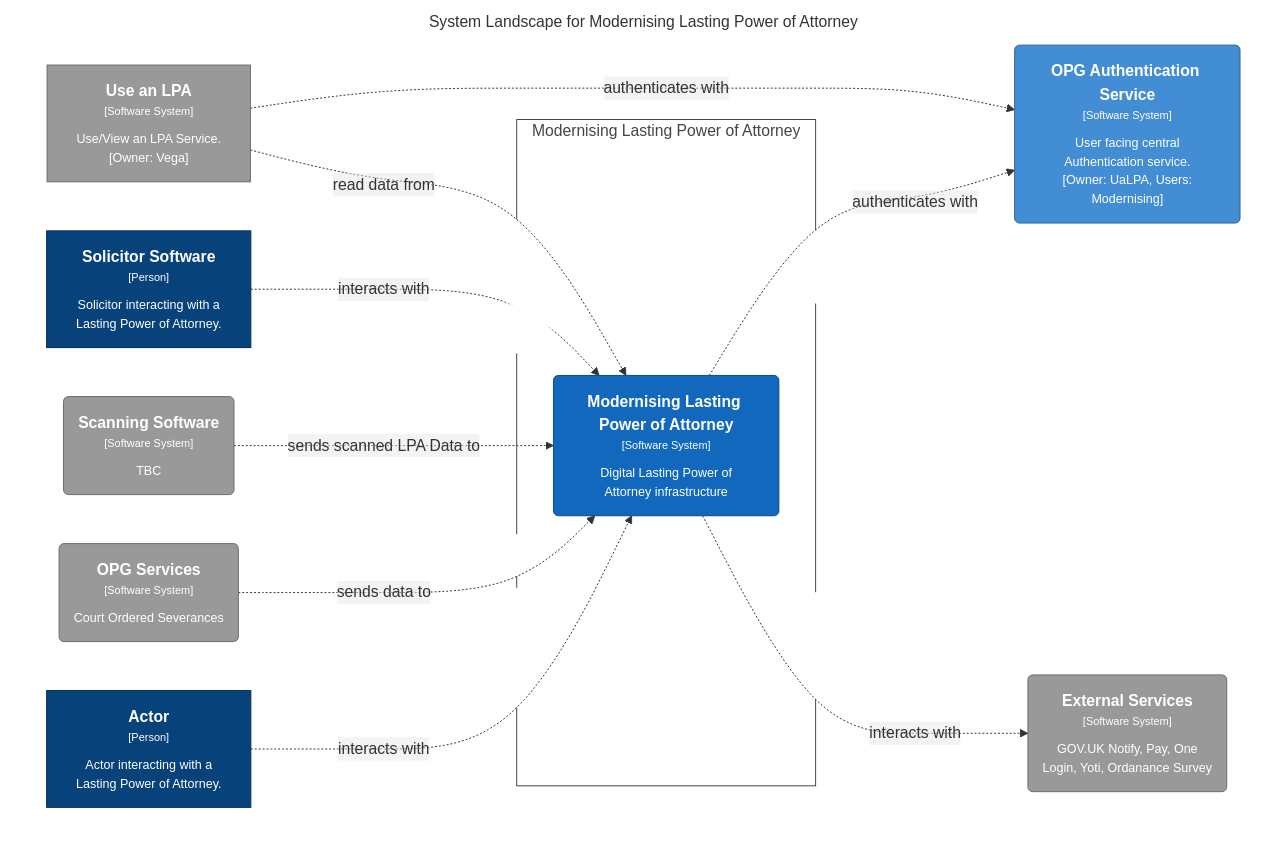
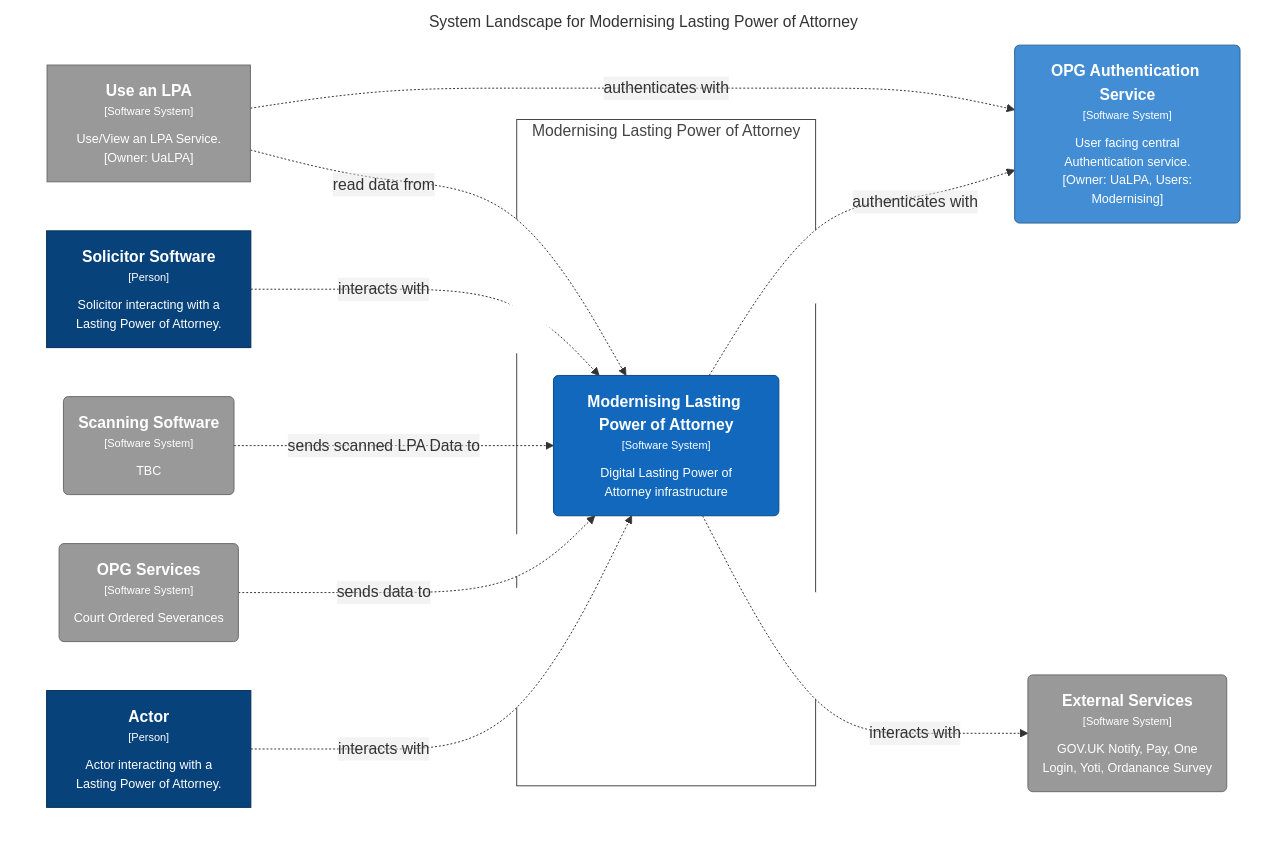
One commit to ministryofjustice/opg-modernising-lpa changed the diagram in docs/architecture/dsl/mlpa/structurizr-1-SystemLandscape.mmd. Above: the diagram before and after it, drawn with Mermaid. The commit also changed 5 other files, not shown here.

Commit message:
Update mermaid files

```diff
--- a/docs/architecture/dsl/mlpa/structurizr-1-SystemLandscape.mmd
+++ b/docs/architecture/dsl/mlpa/structurizr-1-SystemLandscape.mmd
@@ -1,37 +1,37 @@
 graph TB
   linkStyle default fill:#ffffff
 
   subgraph diagram [System Landscape for Modernising Lasting Power of Attorney]
     style diagram fill:#ffffff,stroke:#ffffff
 
     subgraph enterprise [Modernising Lasting Power of Attorney]
       style enterprise fill:#ffffff,stroke:#444444,color:#444444
 
       3("<div style='font-weight: bold'>Modernising Lasting Power of Attorney</div><div style='font-size: 70%; margin-top: 0px'>[Software System]</div><div style='font-size: 80%; margin-top:10px'>Digital Lasting Power of<br />Attorney infrastructure</div>")
       style 3 fill:#1168bd,stroke:#0b4884,color:#ffffff
     end
 
     1["<div style='font-weight: bold'>Actor</div><div style='font-size: 70%; margin-top: 0px'>[Person]</div><div style='font-size: 80%; margin-top:10px'>Actor interacting with a<br />Lasting Power of Attorney.</div>"]
     style 1 fill:#08427b,stroke:#052e56,color:#ffffff
     2["<div style='font-weight: bold'>Solicitor Software</div><div style='font-size: 70%; margin-top: 0px'>[Person]</div><div style='font-size: 80%; margin-top:10px'>Solicitor interacting with a<br />Lasting Power of Attorney.</div>"]
     style 2 fill:#08427b,stroke:#052e56,color:#ffffff
     32("<div style='font-weight: bold'>OPG Authentication Service</div><div style='font-size: 70%; margin-top: 0px'>[Software System]</div><div style='font-size: 80%; margin-top:10px'>User facing central<br />Authentication service.<br />[Owner: UaLPA, Users:<br />Modernising]</div>")
     style 32 fill:#438dd5,stroke:#2e6295,color:#ffffff
     33("<div style='font-weight: bold'>External Services</div><div style='font-size: 70%; margin-top: 0px'>[Software System]</div><div style='font-size: 80%; margin-top:10px'>GOV.UK Notify, Pay, One<br />Login, Yoti, Ordanance Survey</div>")
     style 33 fill:#999999,stroke:#6b6b6b,color:#ffffff
     34("<div style='font-weight: bold'>OPG Services</div><div style='font-size: 70%; margin-top: 0px'>[Software System]</div><div style='font-size: 80%; margin-top:10px'>Court Ordered Severances</div>")
     style 34 fill:#999999,stroke:#6b6b6b,color:#ffffff
     35("<div style='font-weight: bold'>Scanning Software</div><div style='font-size: 70%; margin-top: 0px'>[Software System]</div><div style='font-size: 80%; margin-top:10px'>TBC</div>")
     style 35 fill:#999999,stroke:#6b6b6b,color:#ffffff
-    36["<div style='font-weight: bold'>Use an LPA</div><div style='font-size: 70%; margin-top: 0px'>[Software System]</div><div style='font-size: 80%; margin-top:10px'>Use/View an LPA Service.<br />[Owner: Vega]</div>"]
+    36["<div style='font-weight: bold'>Use an LPA</div><div style='font-size: 70%; margin-top: 0px'>[Software System]</div><div style='font-size: 80%; margin-top:10px'>Use/View an LPA Service.<br />[Owner: UaLPA]</div>"]
     style 36 fill:#999999,stroke:#6b6b6b,color:#ffffff
 
     1-. "<div>interacts with</div><div style='font-size: 70%'></div>" .->3
     3-. "<div>interacts with</div><div style='font-size: 70%'></div>" .->33
     34-. "<div>sends data to</div><div style='font-size: 70%'></div>" .->3
     35-. "<div>sends scanned LPA Data to</div><div style='font-size: 70%'></div>" .->3
     2-. "<div>interacts with</div><div style='font-size: 70%'></div>" .->3
     3-. "<div>authenticates with</div><div style='font-size: 70%'></div>" .->32
     36-. "<div>authenticates with</div><div style='font-size: 70%'></div>" .->32
     36-. "<div>read data from</div><div style='font-size: 70%'></div>" .->3
   end
```
